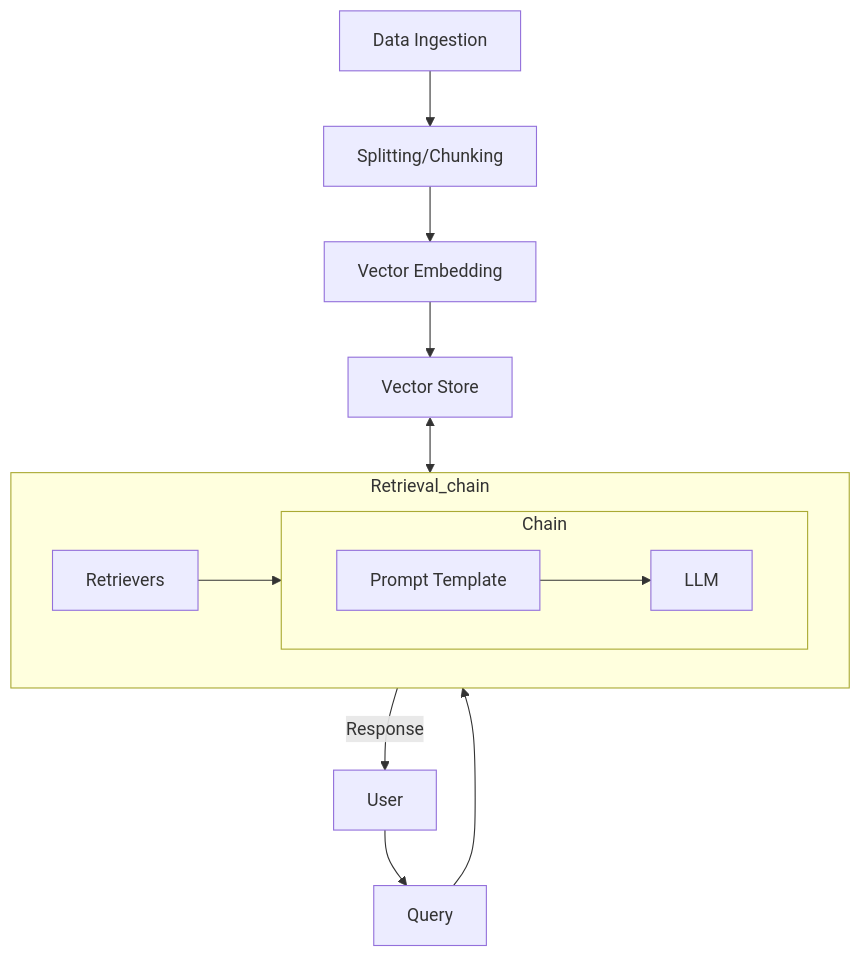
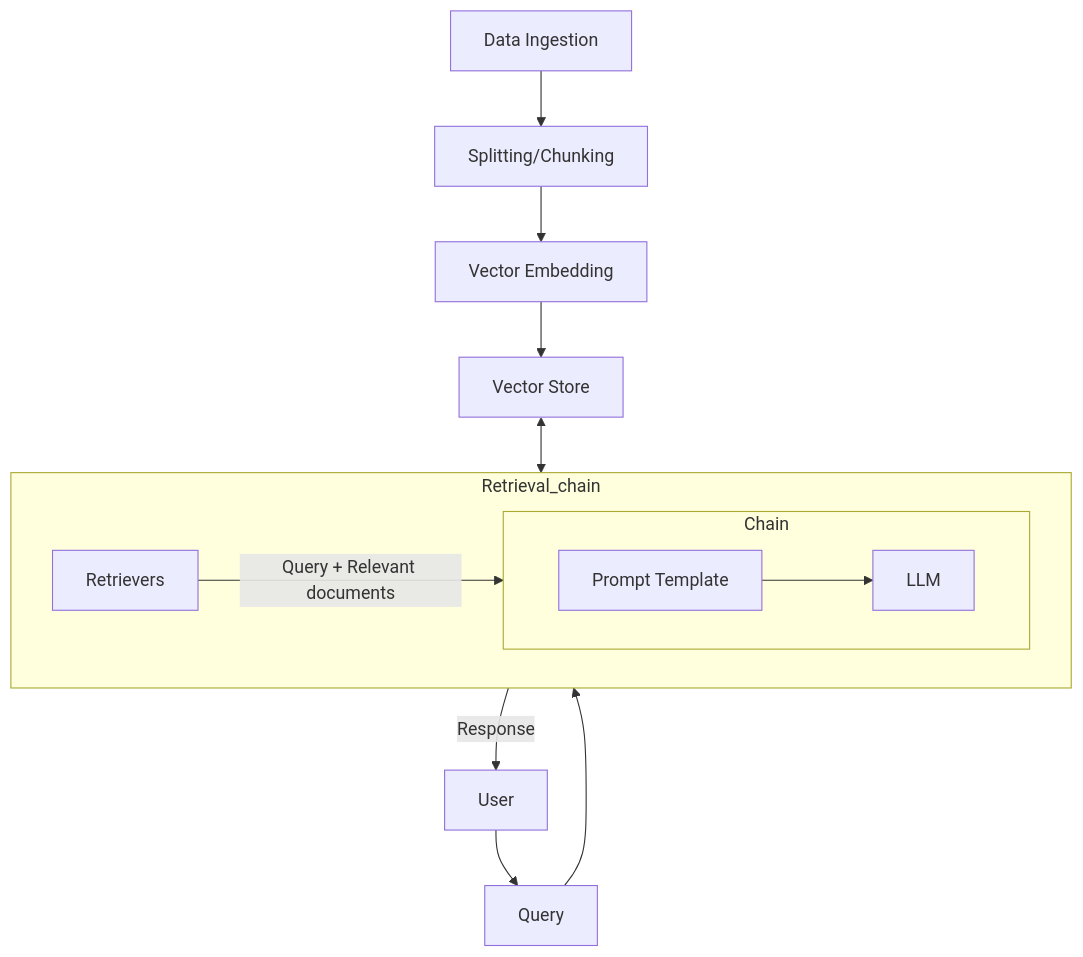
One commit to Darshan922000/Retrieval-Augmented-Generation changed the diagram in README.md. Above: the diagram before and after it, drawn with Mermaid.

````diff
--- a/README.md
+++ b/README.md
@@ -3,26 +3,26 @@
 ```mermaid
 flowchart TD
     A[Data Ingestion] --> B[Splitting/Chunking]
 
     B --> C[Vector Embedding]
 
     C --> D[Vector Store]
 
     D <--> E[Retrievers] 
 
     subgraph Retrieval_chain
         direction LR
-        E --> F[Prompt Template]
+        E -- Query + Relevant documents --> F[Prompt Template]
 
         subgraph Chain
             direction LR
             F --> G[LLM]
         end
     end
     
     H[Query] --> E
 
     I[User] --> H
 
     G -- Response --> I[User]
 ```
````
